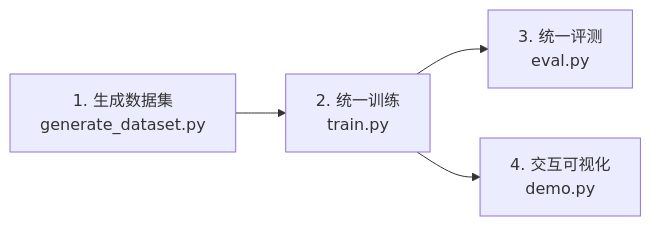
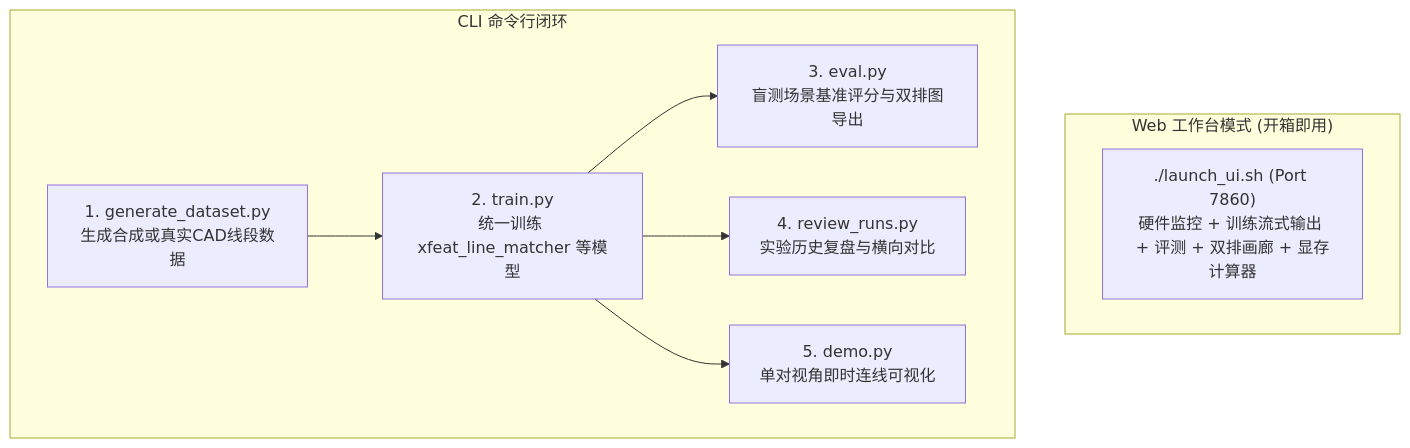
The diagram in docs/GENERAL_USAGE.md (LBWGitHub001/semantic-LSD-matching), drawn with Mermaid before and after one commit. The commit also changed other lines of this file and 6 other files, not shown here.

````diff
--- a/docs/GENERAL_USAGE.md
+++ b/docs/GENERAL_USAGE.md
@@ -23,6 +32,13 @@
 ```mermaid
-flowchart LR
-    A["1. 生成数据集<br>generate_dataset.py"] --> B["2. 统一训练<br>train.py"]
-    B --> C["3. 统一评测<br>eval.py"]
-    B --> D["4. 交互可视化<br>demo.py"]
+flowchart TD
+    subgraph WebMode["Web 工作台模式 (开箱即用)"]
+        UI["./launch_ui.sh (Port 7860)<br/>硬件监控 + 训练流式输出 + 评测 + 双排画廊 + 显存计算器"]
+    end
+
+    subgraph CLIMode["CLI 命令行闭环"]
+        D["1. generate_dataset.py<br/>生成合成或真实CAD线段数据"] --> T["2. train.py<br/>统一训练 xfeat_line_matcher 等模型"]
+        T --> E["3. eval.py<br/>盲测场景基准评分与双排图导出"]
+        T --> R["4. review_runs.py<br/>实验历史复盘与横向对比"]
+        T --> M["5. demo.py<br/>单对视角即时连线可视化"]
+    end
 ```
````
